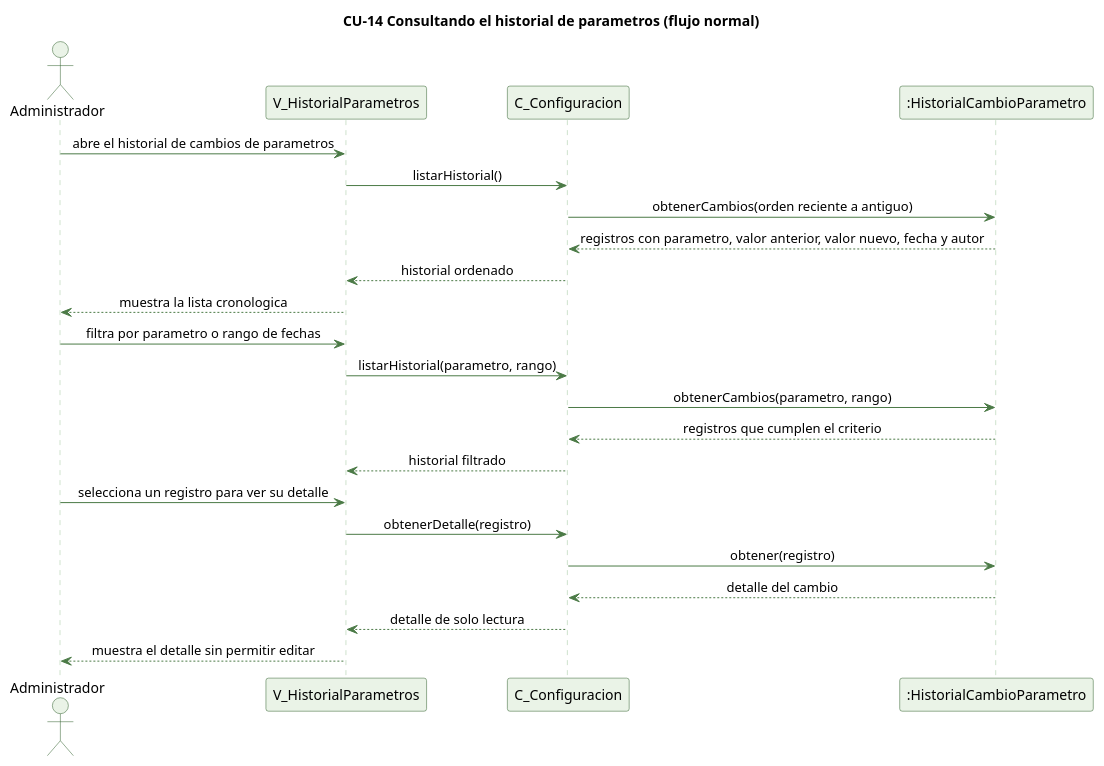
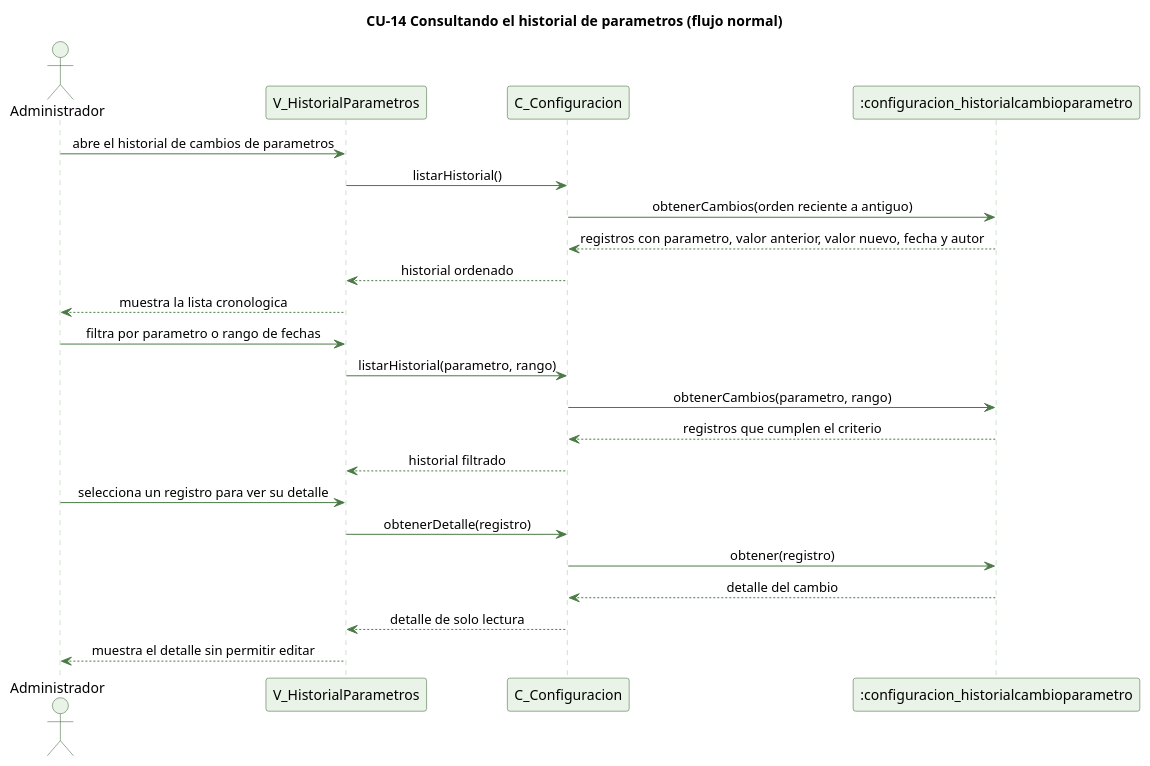
One commit to kenjikaese/Triverde changed the diagram in docs/trabajo-grupal/diagramas/secuencias/cu14-historial-parametros-normal.puml. Above: the diagram before and after it, drawn with PlantUML. The commit also changed 215 other files, not shown here.

```diff
--- a/docs/trabajo-grupal/diagramas/secuencias/cu14-historial-parametros-normal.puml
+++ b/docs/trabajo-grupal/diagramas/secuencias/cu14-historial-parametros-normal.puml
@@ -1,39 +1,39 @@
 @startuml cu14-historial-parametros-normal
 ' CU-14 Consultando el historial de cambios de parametros - flujo normal
 skinparam backgroundColor #FFFFFF
 skinparam shadowing false
 skinparam defaultFontName Helvetica
 skinparam sequenceMessageAlign center
 skinparam ParticipantBackgroundColor #EAF3E7
 skinparam ParticipantBorderColor #2E5E2A
 skinparam ActorBackgroundColor #EAF3E7
 skinparam ActorBorderColor #2E5E2A
 skinparam sequenceLifeLineBorderColor #9CC49A
 skinparam ArrowColor #4B7A46
 
 title CU-14 Consultando el historial de parametros (flujo normal)
 
 actor Administrador
 participant "V_HistorialParametros" as V
 participant "C_Configuracion" as C
-participant ":HistorialCambioParametro" as H
+participant ":configuracion_historialcambioparametro" as H
 
 Administrador -> V : abre el historial de cambios de parametros
 V -> C : listarHistorial()
 C -> H : obtenerCambios(orden reciente a antiguo)
 H --> C : registros con parametro, valor anterior, valor nuevo, fecha y autor
 C --> V : historial ordenado
 V --> Administrador : muestra la lista cronologica
 Administrador -> V : filtra por parametro o rango de fechas
 V -> C : listarHistorial(parametro, rango)
 C -> H : obtenerCambios(parametro, rango)
 H --> C : registros que cumplen el criterio
 C --> V : historial filtrado
 Administrador -> V : selecciona un registro para ver su detalle
 V -> C : obtenerDetalle(registro)
 C -> H : obtener(registro)
 H --> C : detalle del cambio
 C --> V : detalle de solo lectura
 V --> Administrador : muestra el detalle sin permitir editar
 
 @enduml
```
